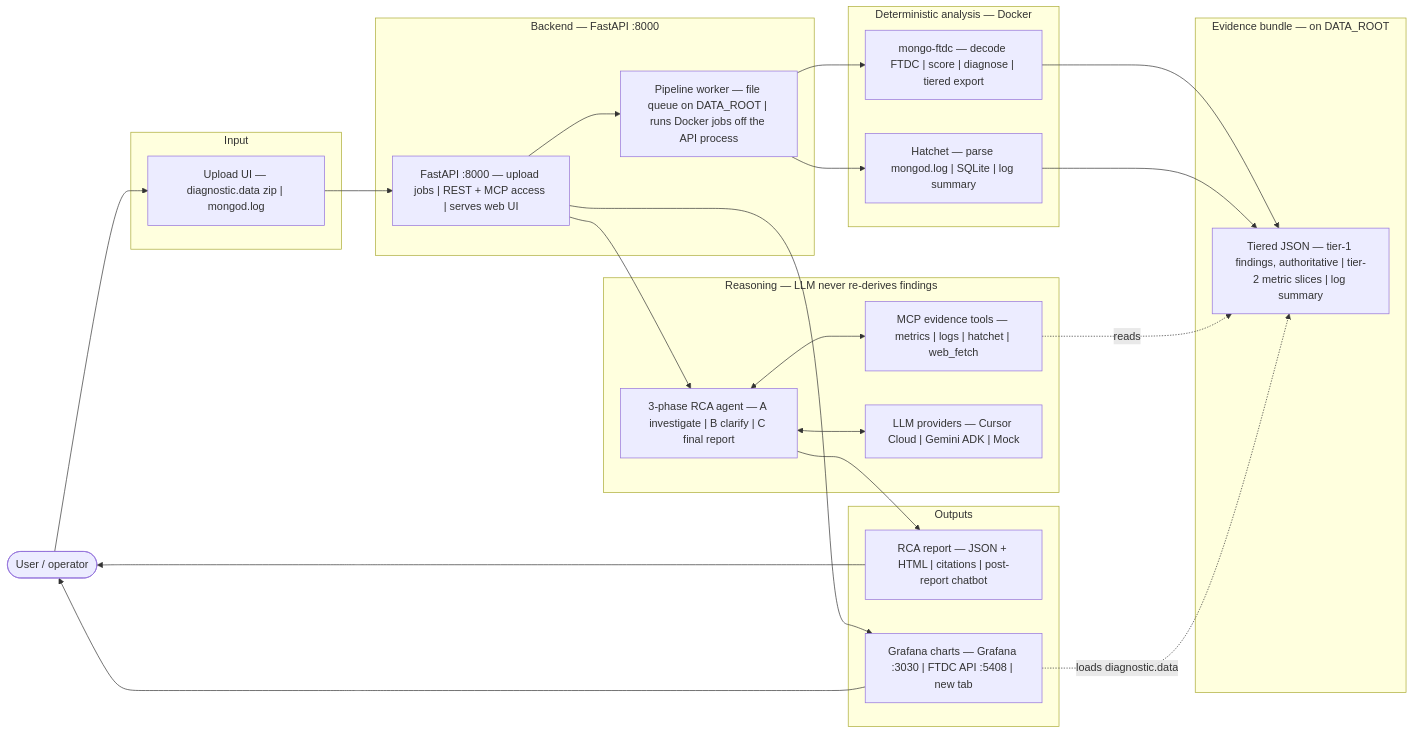
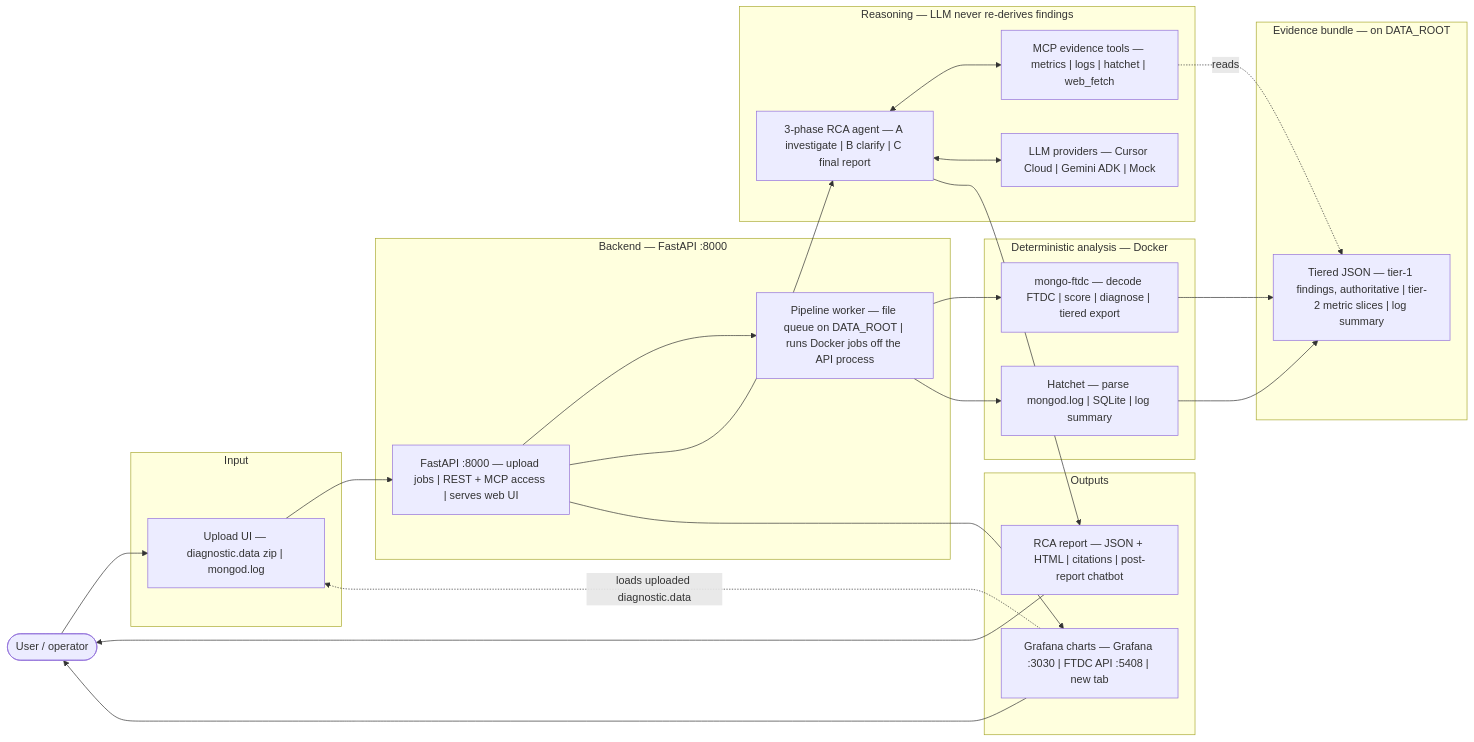
Before and after one commit to Prateek-Agarwal2006/Mongo-Debugger: the first of 2 diagrams in README.md, drawn with Mermaid. The commit also changed other lines of this file and 2 other files, not shown here.

First line of the commit message:
Add concrete mentor flow diagram and cleaner Excalidraw export.

````diff
--- a/README.md
+++ b/README.md
@@ -105,45 +105,45 @@
 ```mermaid
 flowchart LR
   User(["User / operator"])
 
   subgraph input [Input]
     Upload["Upload UI — diagnostic.data zip | mongod.log"]
   end
 
   subgraph backend [Backend — FastAPI :8000]
     API["FastAPI :8000 — upload jobs | REST + MCP access | serves web UI"]
     Worker["Pipeline worker — file queue on DATA_ROOT | runs Docker jobs off the API process"]
   end
 
   subgraph det [Deterministic analysis — Docker]
     MFTDC["mongo-ftdc — decode FTDC | score | diagnose | tiered export"]
     Hatchet["Hatchet — parse mongod.log | SQLite | log summary"]
   end
 
   subgraph ev [Evidence bundle — on DATA_ROOT]
     Bundle["Tiered JSON — tier-1 findings, authoritative | tier-2 metric slices | log summary"]
   end
 
   subgraph reason [Reasoning — LLM never re-derives findings]
     Agent["3-phase RCA agent — A investigate | B clarify | C final report"]
     MCP["MCP evidence tools — metrics | logs | hatchet | web_fetch"]
     LLM["LLM providers — Cursor Cloud | Gemini ADK | Mock"]
   end
 
   subgraph out [Outputs]
     Report["RCA report — JSON + HTML | citations | post-report chatbot"]
     Grafana["Grafana charts — Grafana :3030 | FTDC API :5408 | new tab"]
   end
 
   User --> Upload --> API
   API --> Worker
   Worker --> MFTDC --> Bundle
   Worker --> Hatchet --> Bundle
   API --> Agent
   Agent <--> MCP
   Agent <--> LLM
   MCP -.->|reads| Bundle
   Agent --> Report --> User
   API --> Grafana --> User
-  Grafana -.->|loads diagnostic.data| Bundle
+  Grafana -.->|loads uploaded diagnostic.data| Upload
 ```
````
